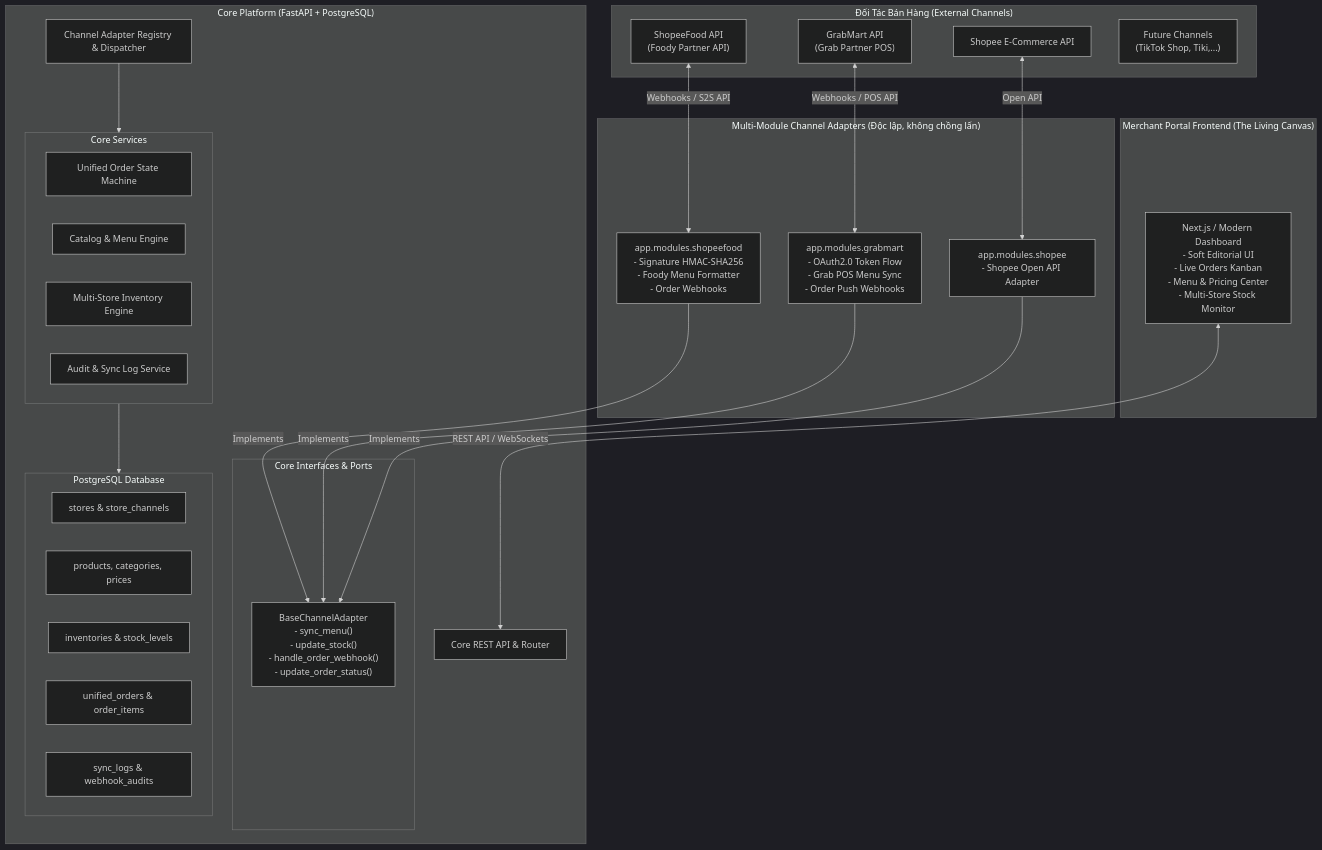
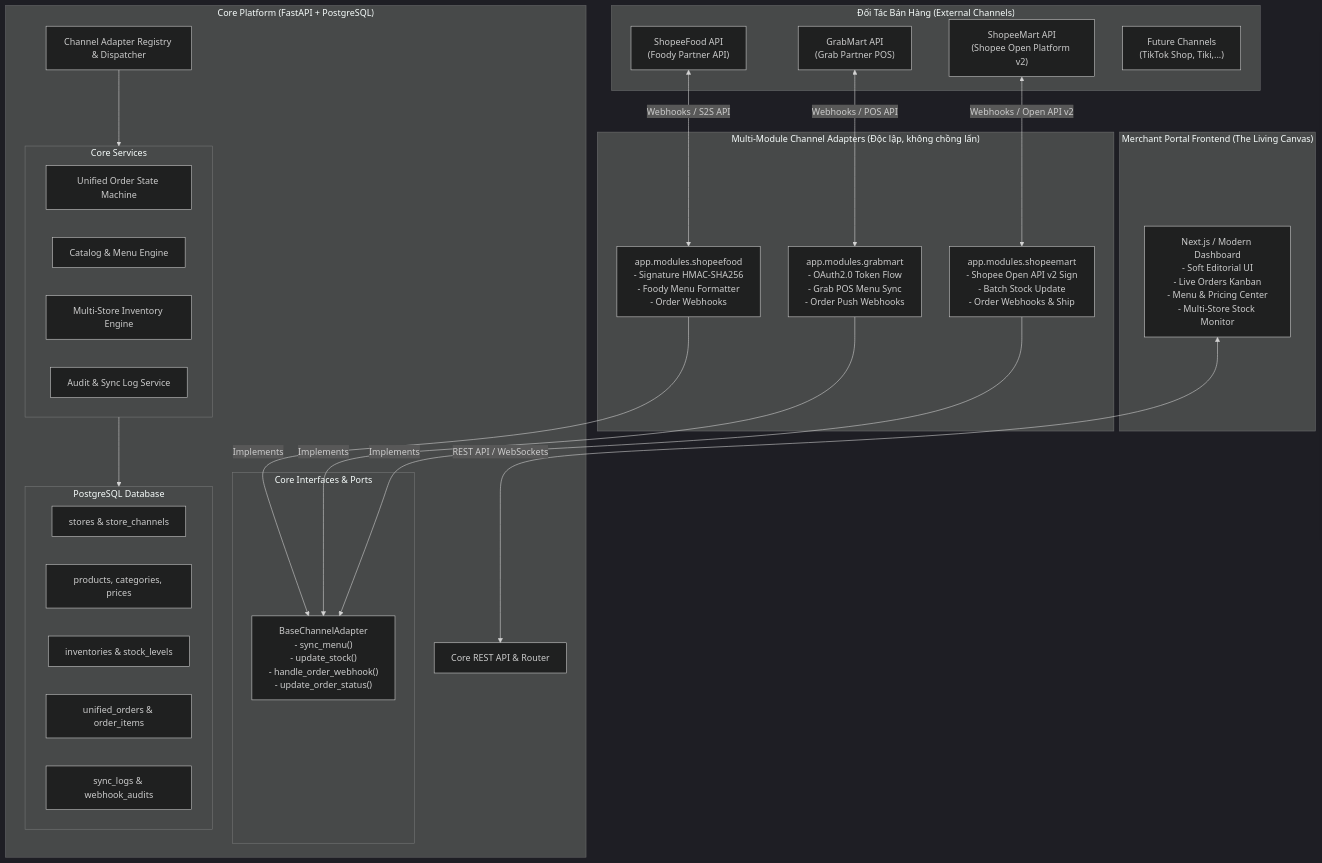
The diagram in README.md (maithedong92/naman_merchant_portal), drawn with Mermaid (dark theme) before and after one commit. The commit also changed other lines of this file and 23 other files, not shown here.

Commit message:
feat(shopeemart): add ShopeeMart to roadmap, scaffold module, and reorganize channel docs into docs/channels

````diff
--- a/README.md
+++ b/README.md
@@ -32,55 +32,55 @@
 ```mermaid
 flowchart TD
     subgraph External_Channels["Đối Tác Bán Hàng (External Channels)"]
         SF["ShopeeFood API\n(Foody Partner API)"]
         GM["GrabMart API\n(Grab Partner POS)"]
-        SP["Shopee E-Commerce API"]
+        SM["ShopeeMart API\n(Shopee Open Platform v2)"]
         Future["Future Channels\n(TikTok Shop, Tiki,...)"]
     end
 
     subgraph Channel_Adapters["Multi-Module Channel Adapters (Độc lập, không chồng lấn)"]
         SF_Mod["app.modules.shopeefood\n- Signature HMAC-SHA256\n- Foody Menu Formatter\n- Order Webhooks"]
         GM_Mod["app.modules.grabmart\n- OAuth2.0 Token Flow\n- Grab POS Menu Sync\n- Order Push Webhooks"]
-        SP_Mod["app.modules.shopee\n- Shopee Open API Adapter"]
+        SM_Mod["app.modules.shopeemart\n- Shopee Open API v2 Sign\n- Batch Stock Update\n- Order Webhooks & Ship"]
     end
 
     subgraph Core_Platform["Core Platform (FastAPI + PostgreSQL)"]
         Core_API["Core REST API & Router"]
         Core_Registry["Channel Adapter Registry & Dispatcher"]
         
         subgraph Core_Services["Core Services"]
             Order_Service["Unified Order State Machine"]
             Menu_Service["Catalog & Menu Engine"]
             Stock_Service["Multi-Store Inventory Engine"]
             Audit_Service["Audit & Sync Log Service"]
         end
         
         subgraph Core_Interfaces["Core Interfaces & Ports"]
             Adapter_Port["BaseChannelAdapter\n- sync_menu()\n- update_stock()\n- handle_order_webhook()\n- update_order_status()"]
         end
         
         subgraph PostgreSQL_DB["PostgreSQL Database"]
             T_Stores["stores & store_channels"]
             T_Products["products, categories, prices"]
             T_Inventory["inventories & stock_levels"]
             T_Orders["unified_orders & order_items"]
             T_Logs["sync_logs & webhook_audits"]
         end
     end
 
     subgraph Merchant_UI["Merchant Portal Frontend (The Living Canvas)"]
         Web_Dashboard["Next.js / Modern Dashboard\n- Soft Editorial UI\n- Live Orders Kanban\n- Menu & Pricing Center\n- Multi-Store Stock Monitor"]
     end
 
     SF <-->|Webhooks / S2S API| SF_Mod
     GM <-->|Webhooks / POS API| GM_Mod
-    SP <-->|Open API| SP_Mod
+    SM <-->|Webhooks / Open API v2| SM_Mod
 
     SF_Mod -->|Implements| Adapter_Port
     GM_Mod -->|Implements| Adapter_Port
-    SP_Mod -->|Implements| Adapter_Port
+    SM_Mod -->|Implements| Adapter_Port
 
     Core_Registry --> Core_Services
     Core_Services --> PostgreSQL_DB
     Web_Dashboard <-->|REST API / WebSockets| Core_API
 ```
````
